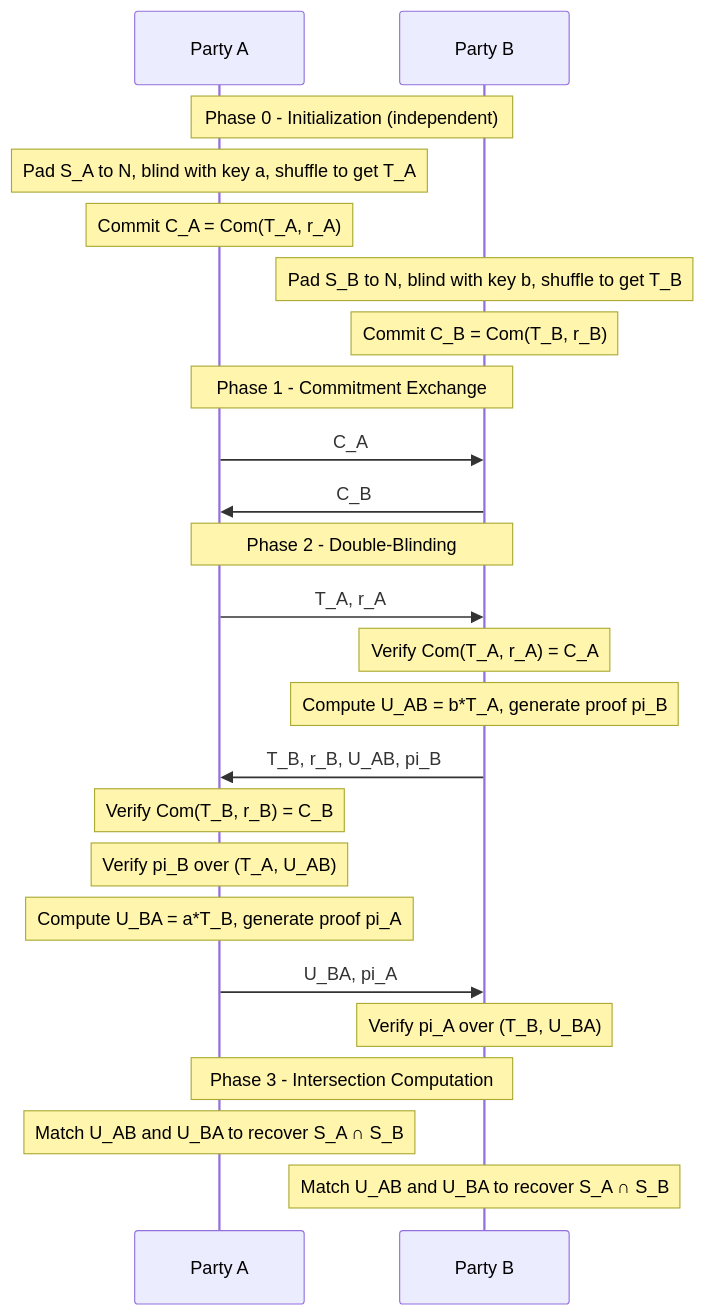
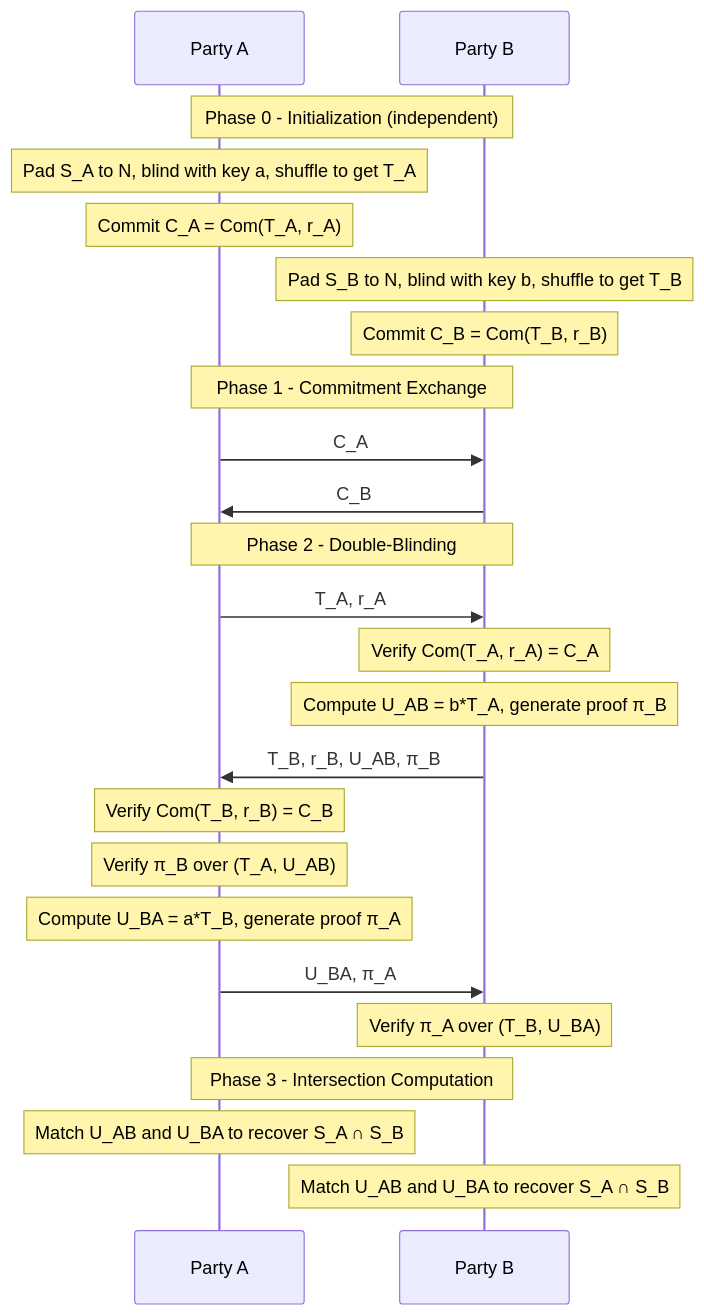
The diagram in README.md (arj03/SHI_PSI-cs), drawn with Mermaid before and after one commit. The commit also changed other lines of this file, not shown here.

````diff
--- a/README.md
+++ b/README.md
@@ -125,30 +126,30 @@
 ```mermaid
 sequenceDiagram
     participant A as Party A
     participant B as Party B
 
     Note over A,B: Phase 0 - Initialization (independent)
     Note over A: Pad S_A to N, blind with key a, shuffle to get T_A
     Note over A: Commit C_A = Com(T_A, r_A)
     Note over B: Pad S_B to N, blind with key b, shuffle to get T_B
     Note over B: Commit C_B = Com(T_B, r_B)
 
     Note over A,B: Phase 1 - Commitment Exchange
     A->>B: C_A
     B->>A: C_B
 
     Note over A,B: Phase 2 - Double-Blinding
     A->>B: T_A, r_A
     Note over B: Verify Com(T_A, r_A) = C_A
-    Note over B: Compute U_AB = b*T_A, generate proof pi_B
-    B->>A: T_B, r_B, U_AB, pi_B
+    Note over B: Compute U_AB = b*T_A, generate proof π_B
+    B->>A: T_B, r_B, U_AB, π_B
     Note over A: Verify Com(T_B, r_B) = C_B
-    Note over A: Verify pi_B over (T_A, U_AB)
-    Note over A: Compute U_BA = a*T_B, generate proof pi_A
-    A->>B: U_BA, pi_A
-    Note over B: Verify pi_A over (T_B, U_BA)
+    Note over A: Verify π_B over (T_A, U_AB)
+    Note over A: Compute U_BA = a*T_B, generate proof π_A
+    A->>B: U_BA, π_A
+    Note over B: Verify π_A over (T_B, U_BA)
 
     Note over A,B: Phase 3 - Intersection Computation
     Note over A: Match U_AB and U_BA to recover S_A ∩ S_B
     Note over B: Match U_AB and U_BA to recover S_A ∩ S_B
 ```
````
